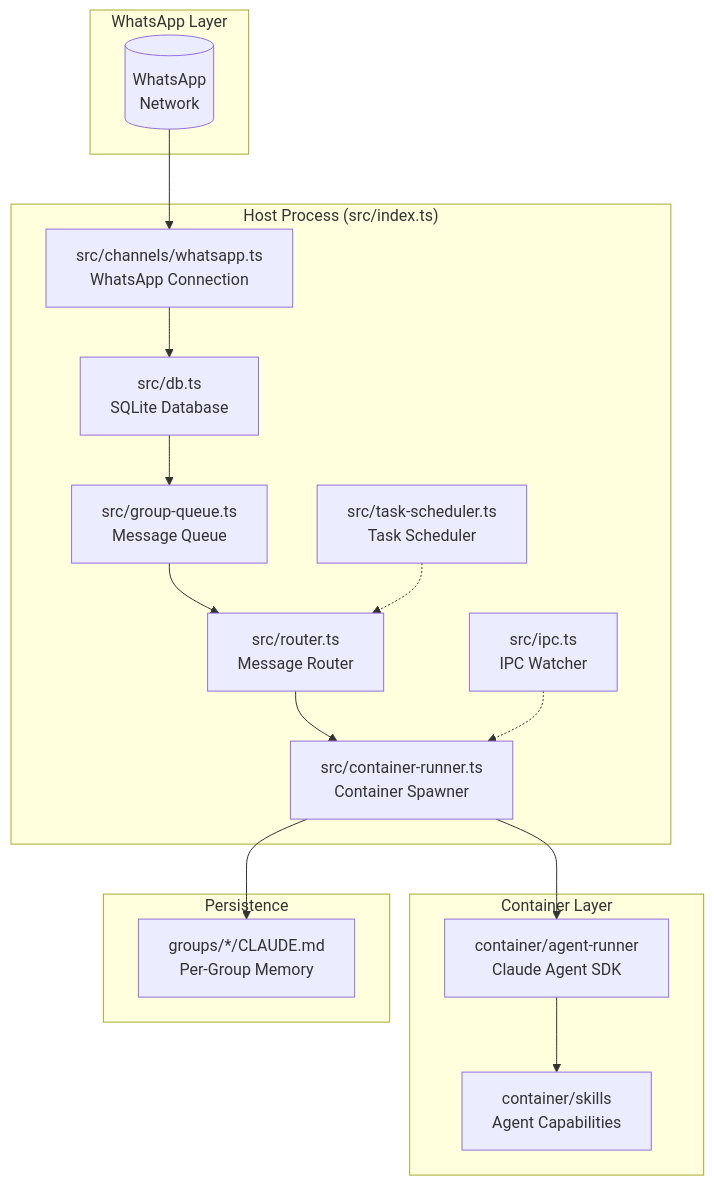
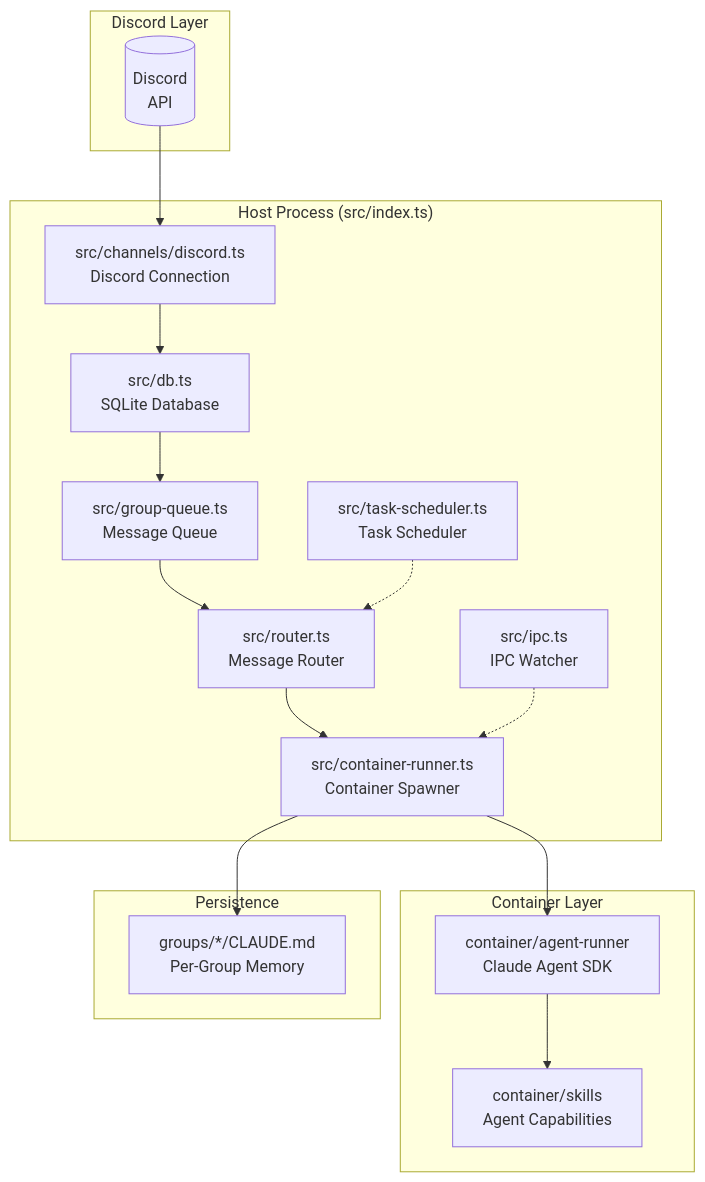
One commit to kaishin/corphish changed the first of 3 diagrams in docs/ARCHITECTURE.md. Above: the diagram before and after it, drawn with Mermaid. The commit also changed other lines of this file and 25 other files, not shown here.

````diff
--- a/docs/ARCHITECTURE.md
+++ b/docs/ARCHITECTURE.md
@@ -15,36 +15,36 @@
 ```mermaid
 graph TB
-    subgraph "WhatsApp Layer"
-        WA[("WhatsApp<br/>Network")]
+    subgraph "Discord Layer"
+        DC[("Discord<br/>API")]
     end
 
     subgraph "Host Process (src/index.ts)"
-        WHATSAPP[src/channels/whatsapp.ts<br/>WhatsApp Connection]
+        DISCORD[src/channels/discord.ts<br/>Discord Connection]
         DB[src/db.ts<br/>SQLite Database]
         QUEUE[src/group-queue.ts<br/>Message Queue]
         SCHEDULER[src/task-scheduler.ts<br/>Task Scheduler]
         IPC[src/ipc.ts<br/>IPC Watcher]
         ROUTER[src/router.ts<br/>Message Router]
         CONTAINER[src/container-runner.ts<br/>Container Spawner]
     end
 
     subgraph "Container Layer"
         AGENT[container/agent-runner<br/>Claude Agent SDK]
         SKILLS[container/skills<br/>Agent Capabilities]
     end
 
     subgraph "Persistence"
         FILES[groups/*/CLAUDE.md<br/>Per-Group Memory]
     end
 
-    WA --> WHATSAPP
-    WHATSAPP --> DB
+    DC --> DISCORD
+    DISCORD --> DB
     DB --> QUEUE
     QUEUE --> ROUTER
     ROUTER --> CONTAINER
     CONTAINER --> AGENT
     AGENT --> SKILLS
     CONTAINER --> FILES
     IPC -.-> CONTAINER
     SCHEDULER -.-> ROUTER
 ```
````
